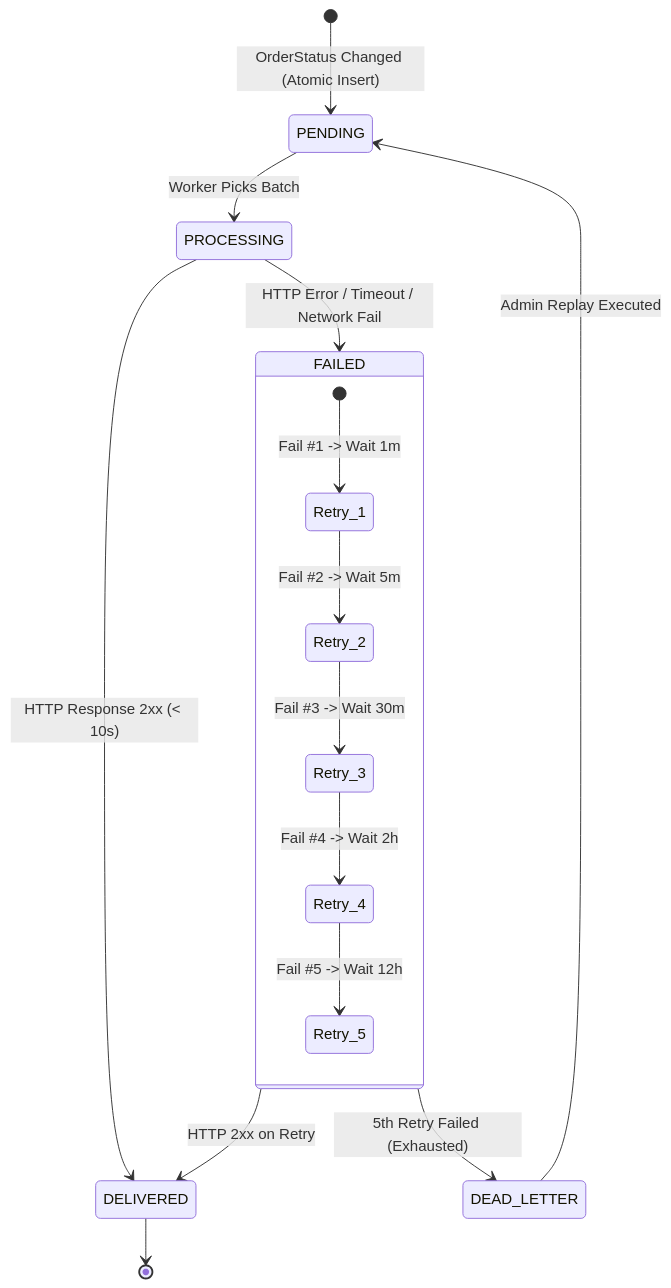
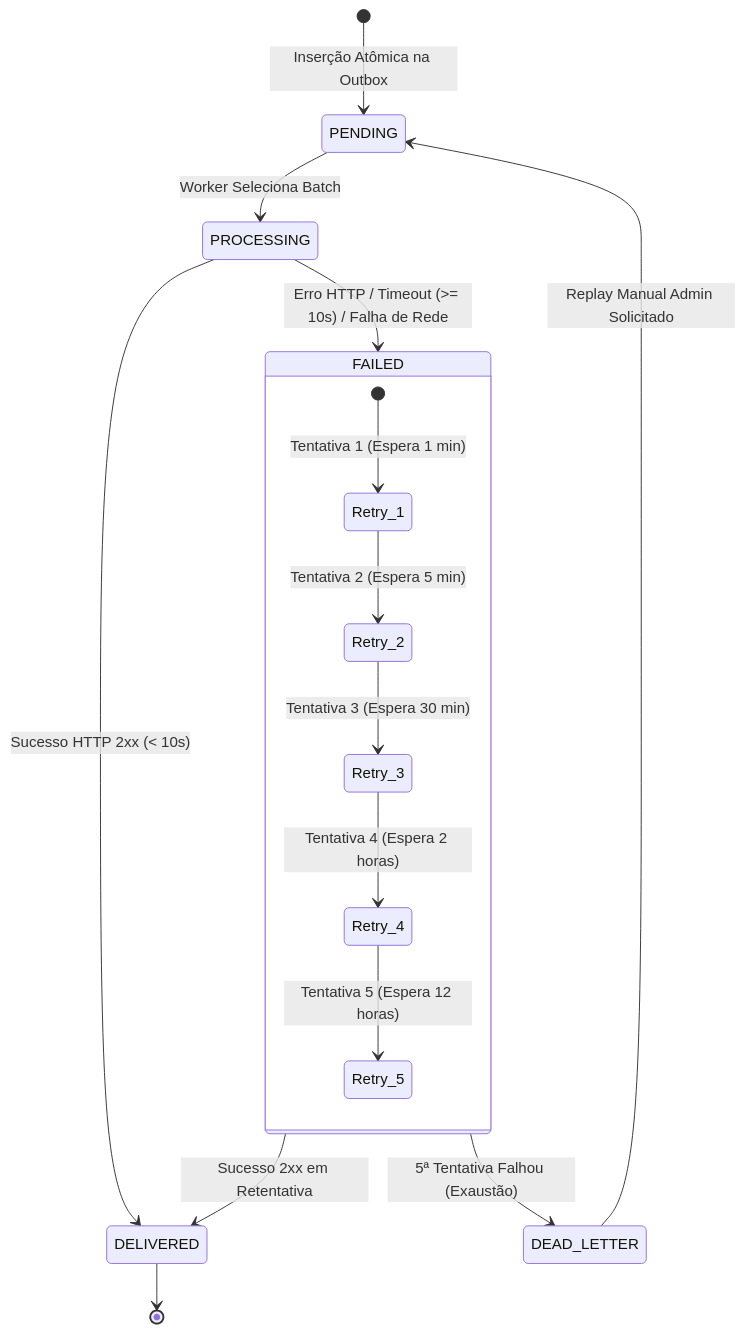
One commit to Mariana-S-Sanches/mba-design-docs changed the third of 3 diagrams in docs/FDD.md. Above: the diagram before and after it, drawn with Mermaid. The commit also changed other lines of this file and 1 other file, not shown here.

````diff
--- a/docs/FDD.md
+++ b/docs/FDD.md
@@ -323,20 +291,20 @@
 ```mermaid
 stateDiagram-v2
-    [*] --> PENDING: OrderStatus Changed (Atomic Insert)
-    PENDING --> PROCESSING: Worker Picks Batch
-    PROCESSING --> DELIVERED: HTTP Response 2xx (< 10s)
-    PROCESSING --> FAILED: HTTP Error / Timeout / Network Fail
+    [*] --> PENDING: Inserção Atômica na Outbox
+    PENDING --> PROCESSING: Worker Seleciona Batch
+    PROCESSING --> DELIVERED: Sucesso HTTP 2xx (< 10s)
+    PROCESSING --> FAILED: Erro HTTP / Timeout (>= 10s) / Falha de Rede
 
     state FAILED {
-        [*] --> Retry_1: Fail #1 -> Wait 1m
-        Retry_1 --> Retry_2: Fail #2 -> Wait 5m
-        Retry_2 --> Retry_3: Fail #3 -> Wait 30m
-        Retry_3 --> Retry_4: Fail #4 -> Wait 2h
-        Retry_4 --> Retry_5: Fail #5 -> Wait 12h
+        [*] --> Retry_1: Tentativa 1 (Espera 1 min)
+        Retry_1 --> Retry_2: Tentativa 2 (Espera 5 min)
+        Retry_2 --> Retry_3: Tentativa 3 (Espera 30 min)
+        Retry_3 --> Retry_4: Tentativa 4 (Espera 2 horas)
+        Retry_4 --> Retry_5: Tentativa 5 (Espera 12 horas)
     }
 
-    FAILED --> DELIVERED: HTTP 2xx on Retry
-    FAILED --> DEAD_LETTER: 5th Retry Failed (Exhausted)
-    DEAD_LETTER --> PENDING: Admin Replay Executed
+    FAILED --> DELIVERED: Sucesso 2xx em Retentativa
+    FAILED --> DEAD_LETTER: 5ª Tentativa Falhou (Exaustão)
+    DEAD_LETTER --> PENDING: Replay Manual Admin Solicitado
     DELIVERED --> [*]
 ```
````
